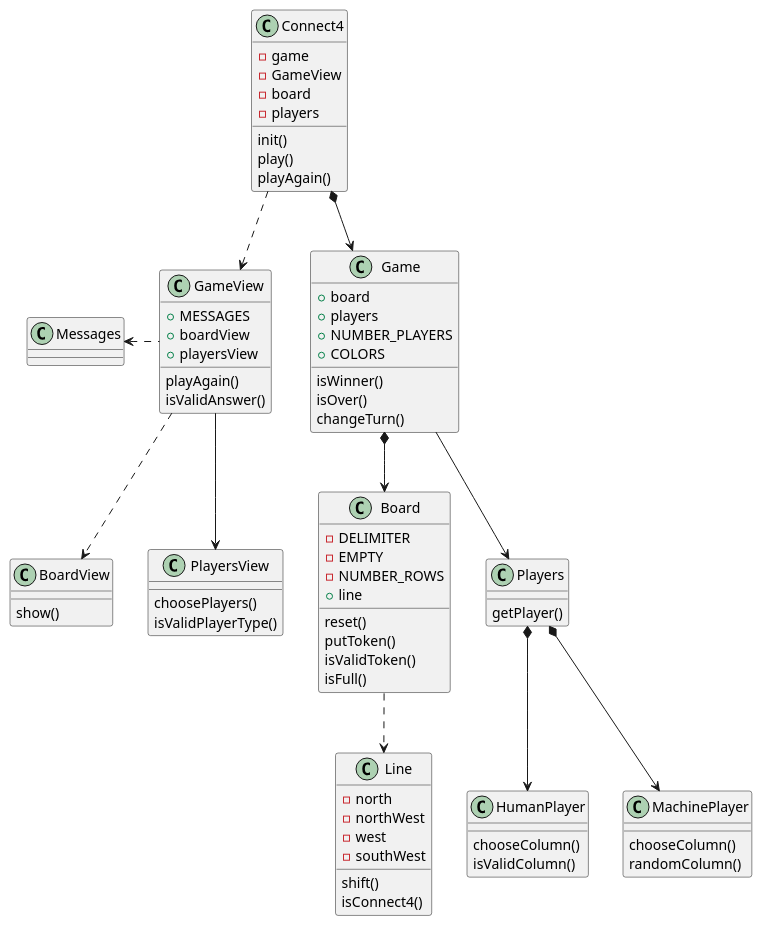
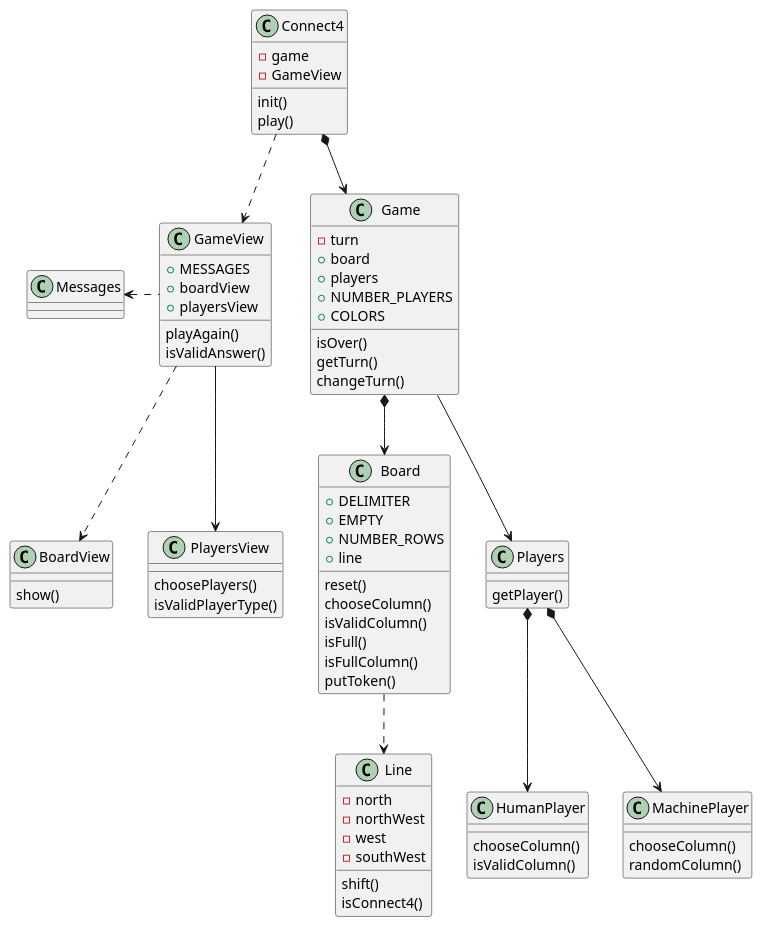
The diagram in Connect4/images/structure-diagrams/classes-diagram.plantuml (BernatQI/Master-Programacion-Diseno-Software), drawn with PlantUML before and after one commit. The commit also changed 1 other file, not shown here.

```diff
--- a/Connect4/images/structure-diagrams/classes-diagram.plantuml
+++ b/Connect4/images/structure-diagrams/classes-diagram.plantuml
@@ -1,84 +1,84 @@
 @startuml "Classes Diagram"
 
 class Connect4 {
   - game
   - GameView
-  - board
-  - players
 
   init()
   play()
-  playAgain()
 }
 class Game {
+  - turn
   + board
   + players
   + NUMBER_PLAYERS
   + COLORS
 
-  isWinner()
   isOver()
+  getTurn()
   changeTurn()
 }
 class GameView {
   + MESSAGES
   + boardView
   + playersView
 
   playAgain()
   isValidAnswer()
 }
 class Board {
-  - DELIMITER
-  - EMPTY
-  - NUMBER_ROWS
+  + DELIMITER
+  + EMPTY
+  + NUMBER_ROWS
   + line
 
   reset()
+  chooseColumn()
+  isValidColumn()
+  isFull()
+  isFullColumn()
   putToken()
-  isValidToken()
-  isFull()
 }
 class BoardView {
   show()
 }
 class Line {
   - north
   - northWest
   - west
   - southWest
 
   shift()
   isConnect4()
 }
 class Players {
   getPlayer()
 }
 class PlayersView {
   choosePlayers()
   isValidPlayerType()
 }
 class HumanPlayer {
   chooseColumn()
   isValidColumn()
 }
 class MachinePlayer {
   chooseColumn()
   randomColumn()
 }
 class Messages {
 
 }
 
 Connect4 *--> Game
 Connect4 ..> GameView
 Game --> Players
 Game *--> Board
 GameView ..> BoardView
 GameView --> PlayersView
 Messages <. GameView
 Board ..> Line
 Players *--> HumanPlayer
 Players *--> MachinePlayer
 
 @enduml
```
